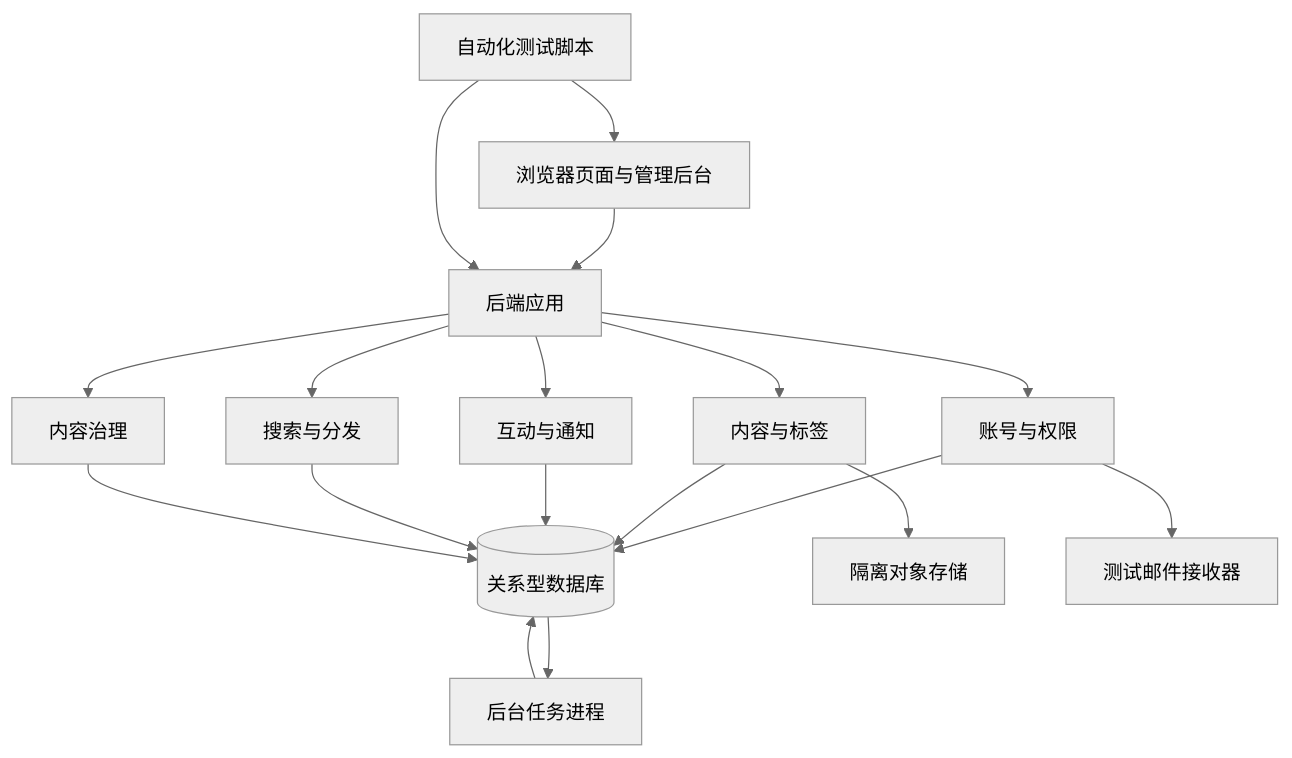
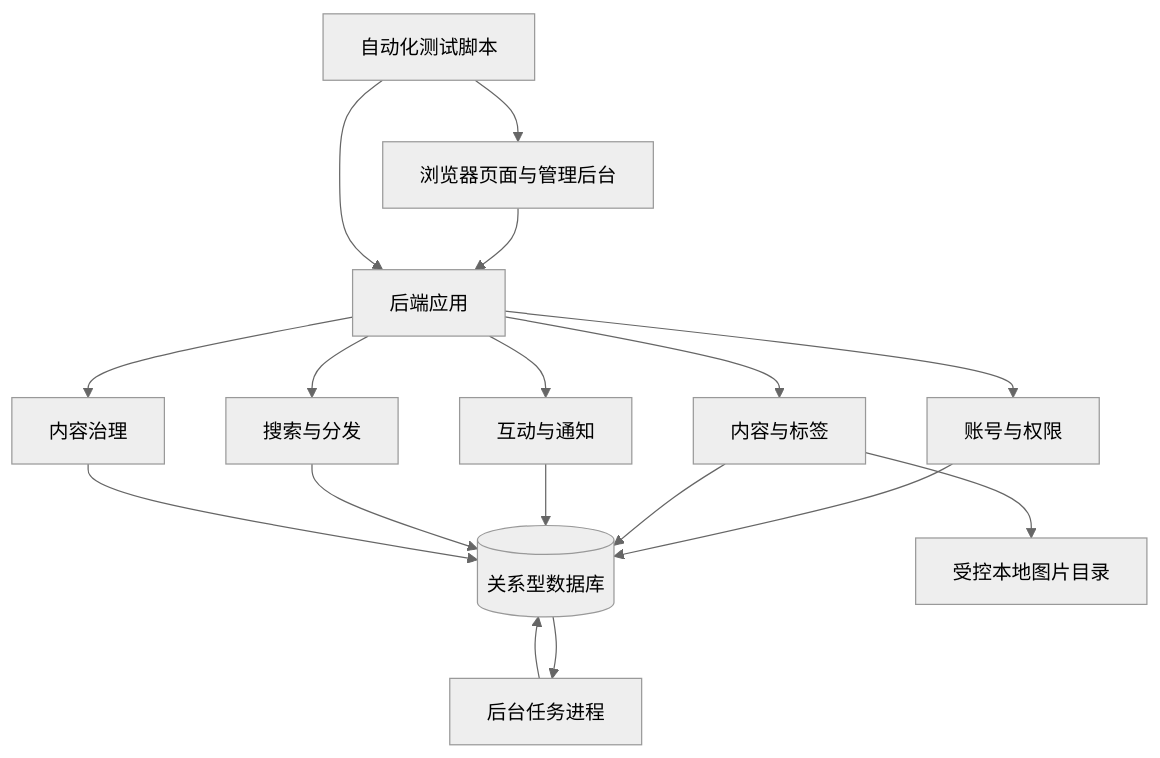
One commit to AvAn0sch/Broker-blog changed the diagram in docs/MVP产品设计文档.md. Above: the diagram before and after it, drawn with Mermaid (neutral theme). The commit also changed other lines of this file and 1 other file, not shown here.

````diff
--- a/docs/MVP产品设计文档.md
+++ b/docs/MVP产品设计文档.md
@@ -299,20 +306,19 @@
 ```mermaid
 flowchart TD
     A[浏览器页面与管理后台] --> B[后端应用]
     T[自动化测试脚本] --> A
     T --> B
     B --> C[账号与权限]
     B --> D[内容与标签]
     B --> E[互动与通知]
     B --> F[搜索与分发]
     B --> G[内容治理]
     C --> H[(关系型数据库)]
     D --> H
     E --> H
     F --> H
     G --> H
-    D --> I[隔离对象存储]
-    C --> M[测试邮件接收器]
+    D --> I[受控本地图片目录]
     H --> J[后台任务进程]
     J --> H
 ```
````
